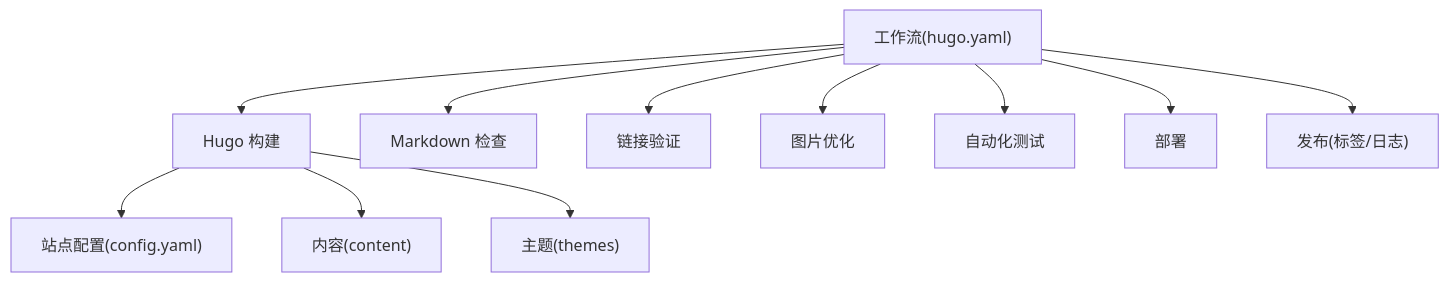
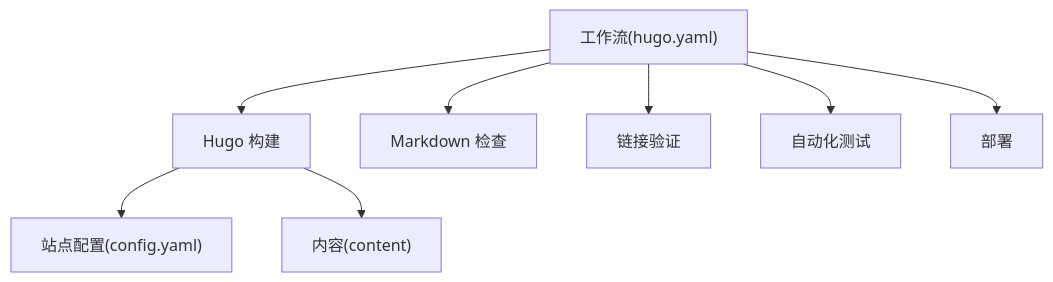
Before and after one commit to nianjiang/nianjiang.github.io: the third of 3 diagrams in .qoder/repowiki/zh/content/部署与维护/CI_CD流水线.md, drawn with Mermaid. The commit also changed other lines of this file and 176 other files, not shown here.

````diff
--- a/.qoder/repowiki/zh/content/部署与维护/CI_CD流水线.md
+++ b/.qoder/repowiki/zh/content/部署与维护/CI_CD流水线.md
@@ -273,13 +222,10 @@
 ```mermaid
 graph TB
 WF["工作流(hugo.yaml)"] --> HUGO["Hugo 构建"]
 WF --> LINT["Markdown 检查"]
 WF --> LINK["链接验证"]
-WF --> IMG["图片优化"]
 WF --> TEST["自动化测试"]
 WF --> DEPLOY["部署"]
-WF --> RELEASE["发布(标签/日志)"]
 HUGO --> CFG["站点配置(config.yaml)"]
 HUGO --> CNT["内容(content)"]
-HUGO --> THM["主题(themes)"]
 ```
````
